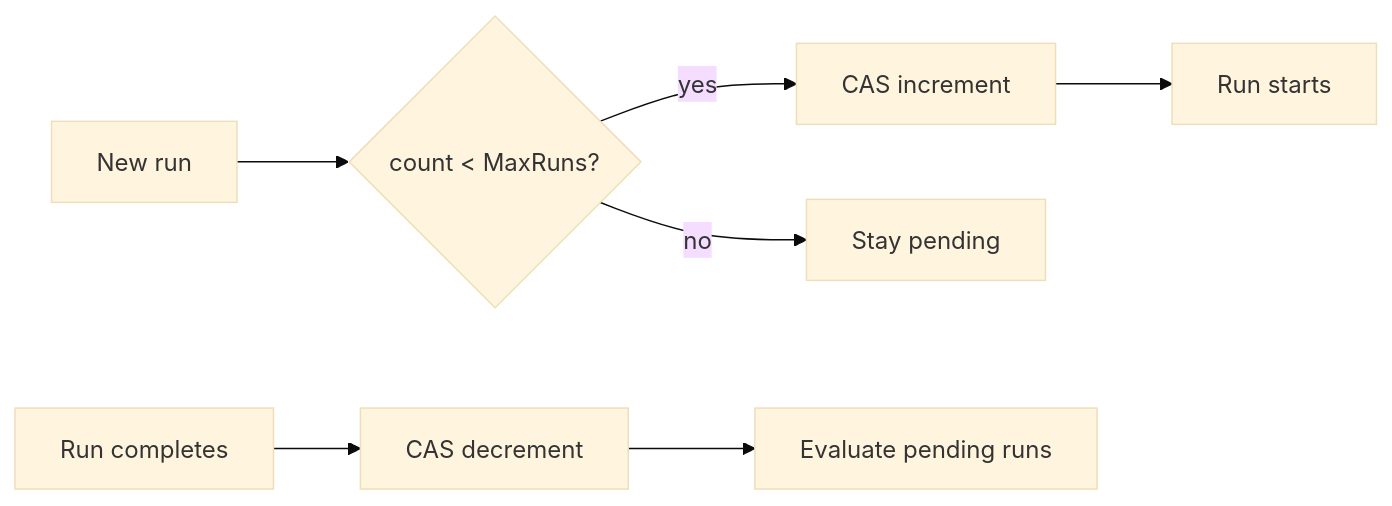
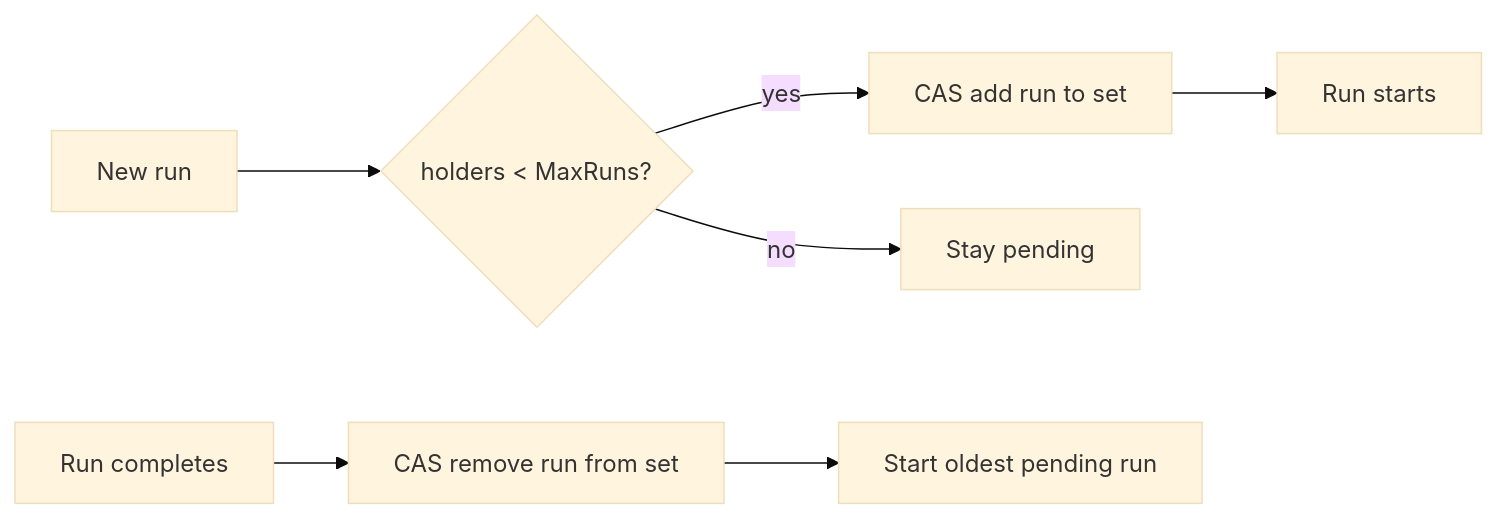
One commit to danmestas/dagnats changed the diagram in docs/site/content/docs/flow-control/concurrency-limits.md. Above: the diagram before and after it, drawn with Mermaid (base theme). The commit also changed other lines of this file and 27 other files, not shown here.

````diff
--- a/docs/site/content/docs/flow-control/concurrency-limits.md
+++ b/docs/site/content/docs/flow-control/concurrency-limits.md
@@ -34,8 +34,8 @@
 ```mermaid
 flowchart LR
-    NEW[New run] --> CHECK{count < MaxRuns?}
-    CHECK -->|yes| INC[CAS increment] --> RUN[Run starts]
+    NEW[New run] --> CHECK{holders < MaxRuns?}
+    CHECK -->|yes| INC[CAS add run to set] --> RUN[Run starts]
     CHECK -->|no| WAIT[Stay pending]
-    DONE[Run completes] --> DEC[CAS decrement]
-    DEC --> WAKE[Evaluate pending runs]
+    DONE[Run completes] --> DEC[CAS remove run from set]
+    DEC --> WAKE[Start oldest pending run]
 ```
````
